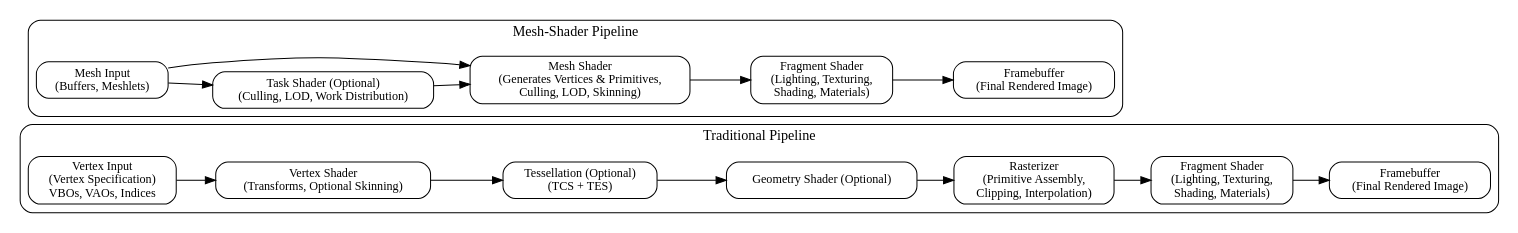
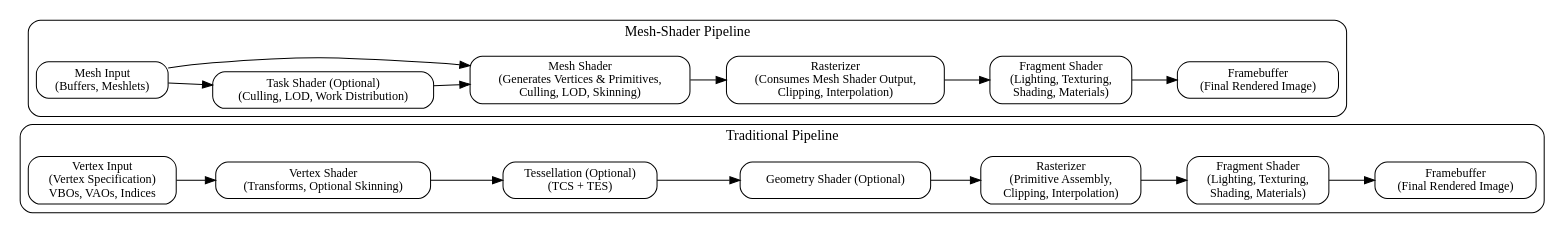
Before and after one commit to Jonathan2251/lbd: the diagram in Fig/gpu/short-rendering-pipeline-shaders-compare.gv, drawn with Graphviz. The commit also changed 16 other files, not shown here.

Commit message:
gpu.rst: add 'section Mobile GPU 3D Rendering', refine 'section Mesh-Shader Pipeline'. llvmstructure.rst: refine 'section Clang'.

```diff
--- a/Fig/gpu/short-rendering-pipeline-shaders-compare.gv
+++ b/Fig/gpu/short-rendering-pipeline-shaders-compare.gv
@@ -1,41 +1,43 @@
 digraph Pipeline_Traditional_vs_Mesh {
     rankdir=LR;
     node [shape=box, style=rounded, fontsize=12];
 
     subgraph cluster_traditional {
         label="Traditional Pipeline";
         style=rounded;
 
         VIn      [label="Vertex Input\n(Vertex Specification)\nVBOs, VAOs, Indices"];
         VS       [label="Vertex Shader\n(Transforms, Optional Skinning)"];
         Tess     [label="Tessellation (Optional)\n(TCS + TES)"];
         GS       [label="Geometry Shader (Optional)"];
         Raster   [label="Rasterizer\n(Primitive Assembly,\nClipping, Interpolation)"];
         FS       [label="Fragment Shader\n(Lighting, Texturing,\nShading, Materials)"];
         FB       [label="Framebuffer\n(Final Rendered Image)"];
 
         VIn -> VS;
         VS  -> Tess;
         Tess -> GS;
         GS -> Raster;
         Raster -> FS;
         FS -> FB;
     }
 
     subgraph cluster_mesh {
         label="Mesh-Shader Pipeline";
         style=rounded;
 
         MIn        [label="Mesh Input\n(Buffers, Meshlets)"];
         Task       [label="Task Shader (Optional)\n(Culling, LOD, Work Distribution)"];
         Mesh       [label="Mesh Shader\n(Generates Vertices & Primitives,\nCulling, LOD, Skinning)"];
+        MRaster    [label="Rasterizer\n(Consumes Mesh Shader Output,\nClipping, Interpolation)"];
         MeshFS     [label="Fragment Shader\n(Lighting, Texturing,\nShading, Materials)"];
         MeshFB     [label="Framebuffer\n(Final Rendered Image)"];
 
         MIn -> Task;
         Task -> Mesh;
-        MIn -> Mesh;      // direct if no task shader
-        Mesh -> MeshFS;
+        MIn -> Mesh;      // direct path if no Task Shader
+        Mesh -> MRaster;
+        MRaster -> MeshFS;
         MeshFS -> MeshFB;
     }
 }
```
